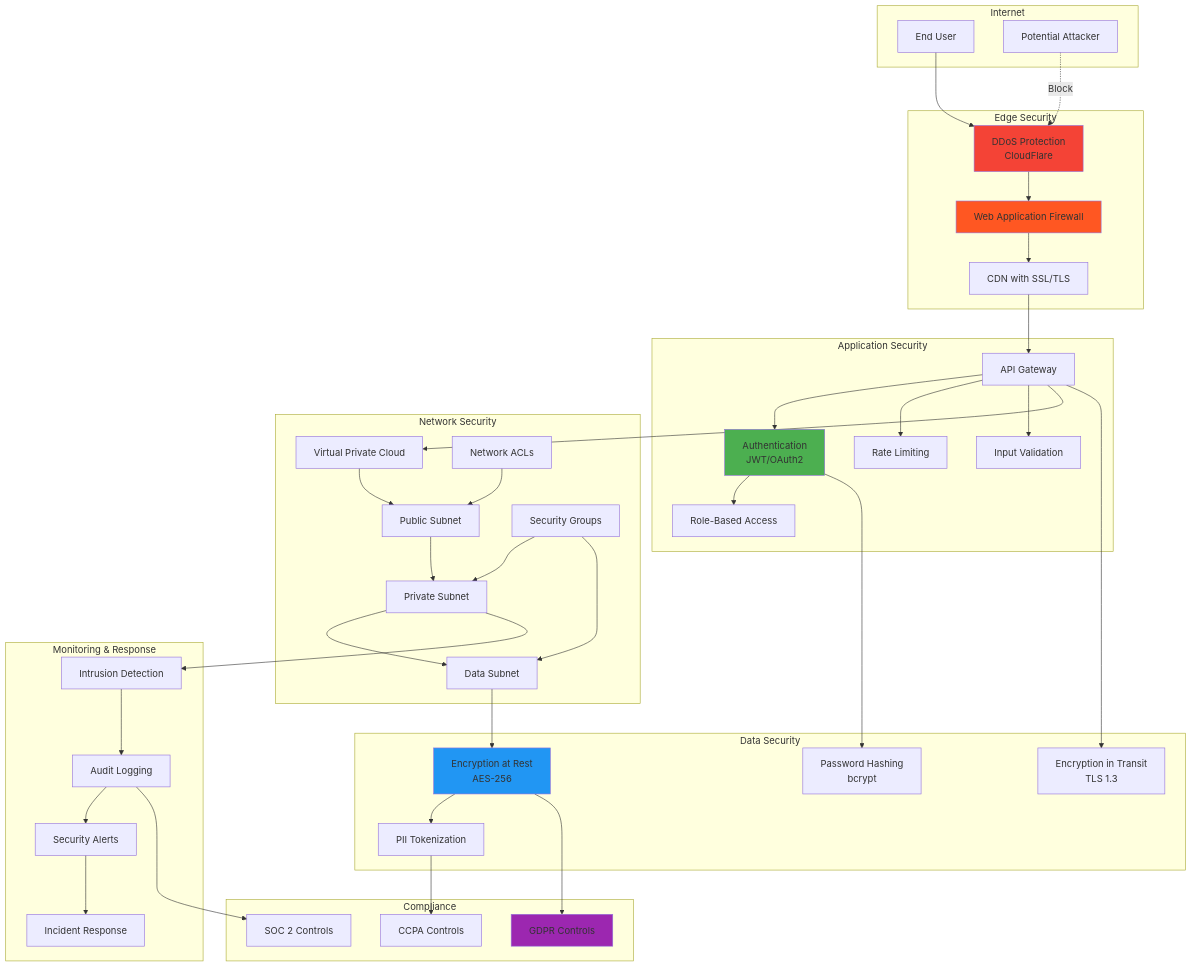
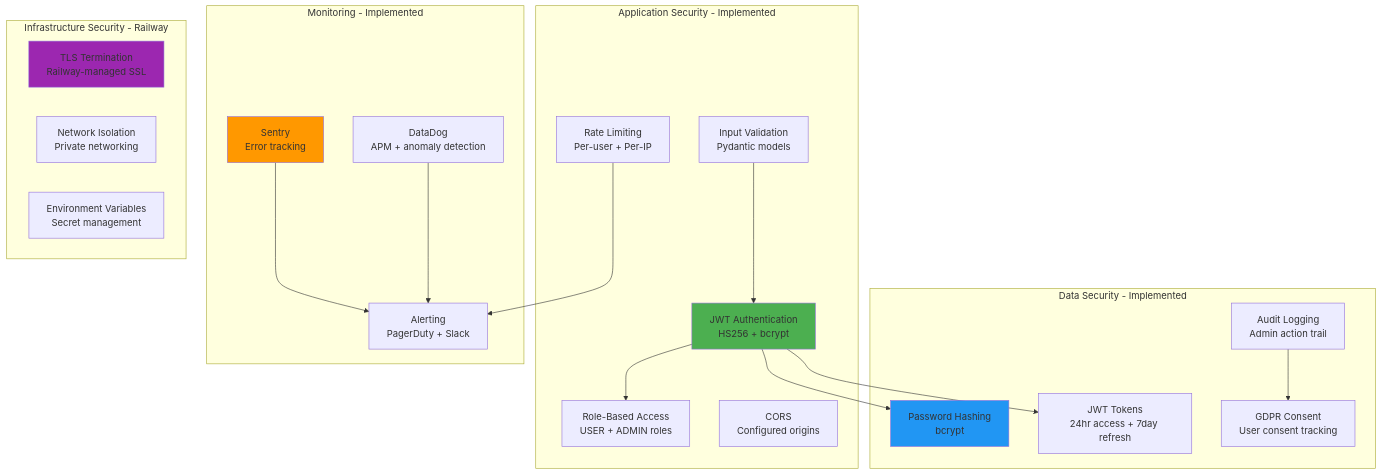
The ninth of 11 diagrams in architecture.md (Rhoahndur/Treebeard), drawn with Mermaid before and after one commit. The commit also changed other lines of this file, not shown here.

Commit message:
updated architecture doc

````diff
--- a/architecture.md
+++ b/architecture.md
@@ -567,90 +639,43 @@
 ```mermaid
 graph TB
-    subgraph "Internet"
-        USER[End User]
-        ATTACKER[Potential Attacker]
+    subgraph "Application Security - Implemented"
+        AUTH[JWT Authentication<br/>HS256 + bcrypt]
+        RATELIMIT[Rate Limiting<br/>Per-user + Per-IP]
+        INPUTVAL[Input Validation<br/>Pydantic models]
+        RBAC[Role-Based Access<br/>USER + ADMIN roles]
+        CORS_SEC[CORS<br/>Configured origins]
     end
-    
-    subgraph "Edge Security"
-        DDOS[DDoS Protection<br/>CloudFlare]
-        WAF[Web Application Firewall]
-        CDN[CDN with SSL/TLS]
+
+    subgraph "Data Security - Implemented"
+        HASH[Password Hashing<br/>bcrypt]
+        TOKEN[JWT Tokens<br/>24hr access + 7day refresh]
+        AUDIT[Audit Logging<br/>Admin action trail]
+        CONSENT[GDPR Consent<br/>User consent tracking]
     end
-    
-    subgraph "Application Security"
-        APIGW[API Gateway]
-        AUTH[Authentication<br/>JWT/OAuth2]
-        RATELIMIT[Rate Limiting]
-        INPUTVAL[Input Validation]
-        RBAC[Role-Based Access]
+
+    subgraph "Monitoring - Implemented"
+        SENTRY[Sentry<br/>Error tracking]
+        DATADOG_SEC[DataDog<br/>APM + anomaly detection]
+        ALERT_SEC[Alerting<br/>PagerDuty + Slack]
     end
-    
-    subgraph "Data Security"
-        ENCRYPT_TRANSIT[Encryption in Transit<br/>TLS 1.3]
-        ENCRYPT_REST[Encryption at Rest<br/>AES-256]
-        TOKENIZE[PII Tokenization]
-        HASH[Password Hashing<br/>bcrypt]
+
+    subgraph "Infrastructure Security - Railway"
+        RAILWAY_TLS[TLS Termination<br/>Railway-managed SSL]
+        RAILWAY_ISO[Network Isolation<br/>Private networking]
+        ENV_VARS[Environment Variables<br/>Secret management]
     end
-    
-    subgraph "Network Security"
-        VPC[Virtual Private Cloud]
-        SUBNET_PUB[Public Subnet]
-        SUBNET_PRIV[Private Subnet]
-        SUBNET_DATA[Data Subnet]
-        NACL[Network ACLs]
-        SG[Security Groups]
-    end
-    
-    subgraph "Monitoring & Response"
-        IDS[Intrusion Detection]
-        AUDIT[Audit Logging]
-        ALERT[Security Alerts]
-        INCIDENT[Incident Response]
-    end
-    
-    subgraph "Compliance"
-        GDPR[GDPR Controls]
-        CCPA[CCPA Controls]
-        SOC2[SOC 2 Controls]
-    end
-    
-    USER --> DDOS
-    ATTACKER -.Block.-> DDOS
-    DDOS --> WAF
-    WAF --> CDN
-    CDN --> APIGW
-    
-    APIGW --> AUTH
-    APIGW --> RATELIMIT
-    APIGW --> INPUTVAL
+
     AUTH --> RBAC
-    
-    APIGW --> VPC
-    VPC --> SUBNET_PUB
-    SUBNET_PUB --> SUBNET_PRIV
-    SUBNET_PRIV --> SUBNET_DATA
-    
-    NACL --> SUBNET_PUB
-    SG --> SUBNET_PRIV
-    SG --> SUBNET_DATA
-    
-    SUBNET_DATA --> ENCRYPT_REST
-    APIGW --> ENCRYPT_TRANSIT
-    ENCRYPT_REST --> TOKENIZE
+    AUTH --> TOKEN
     AUTH --> HASH
-    
-    SUBNET_PRIV --> IDS
-    IDS --> AUDIT
-    AUDIT --> ALERT
-    ALERT --> INCIDENT
-    
-    ENCRYPT_REST --> GDPR
-    TOKENIZE --> CCPA
-    AUDIT --> SOC2
+    RATELIMIT --> ALERT_SEC
+    INPUTVAL --> AUTH
+    AUDIT --> CONSENT
+    SENTRY --> ALERT_SEC
+    DATADOG_SEC --> ALERT_SEC
 
-    style DDOS fill:#f44336
-    style WAF fill:#ff5722
     style AUTH fill:#4caf50
-    style ENCRYPT_REST fill:#2196f3
-    style GDPR fill:#9c27b0
+    style HASH fill:#2196f3
+    style SENTRY fill:#ff9800
+    style RAILWAY_TLS fill:#9c27b0
 ```
````
